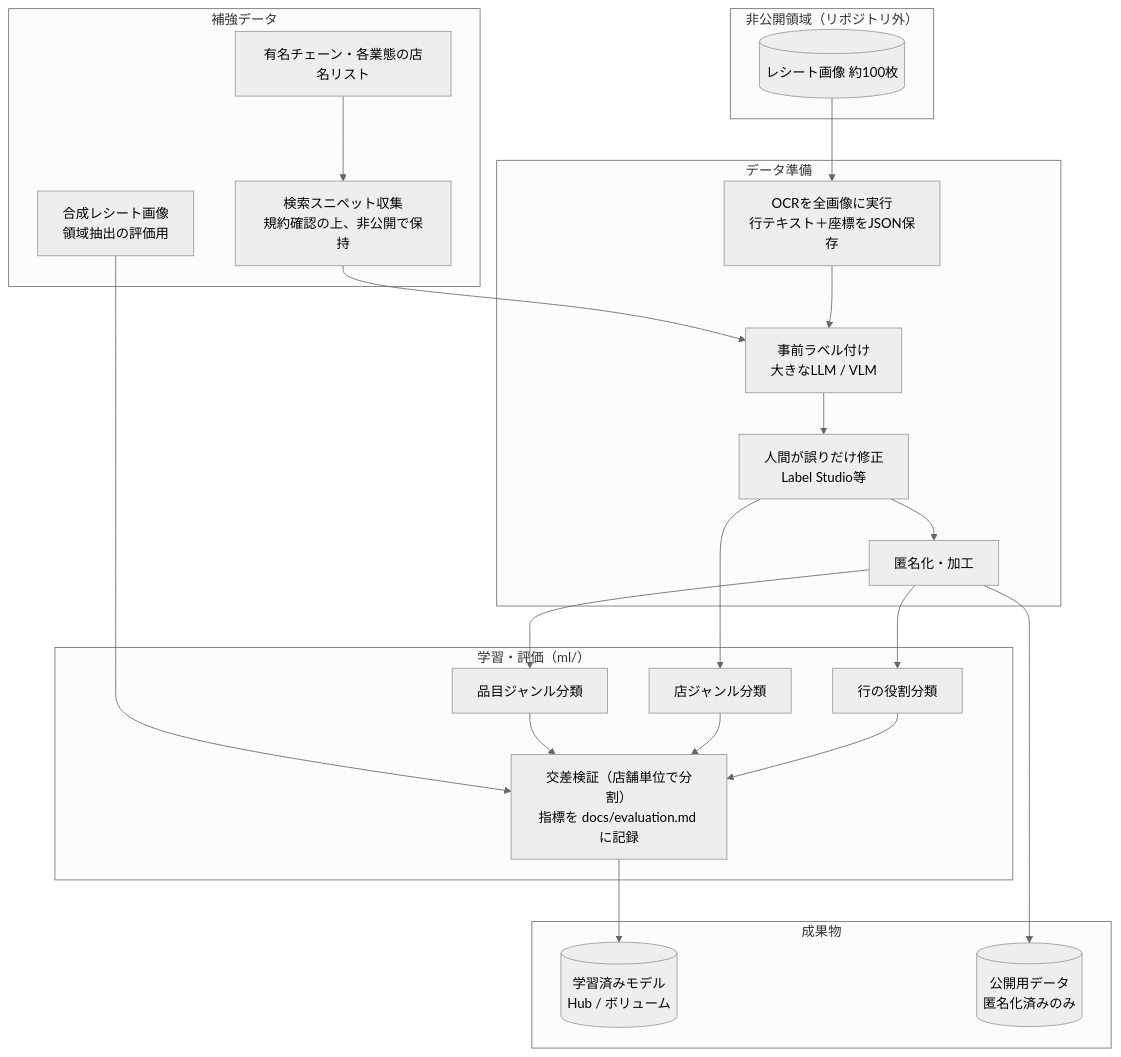
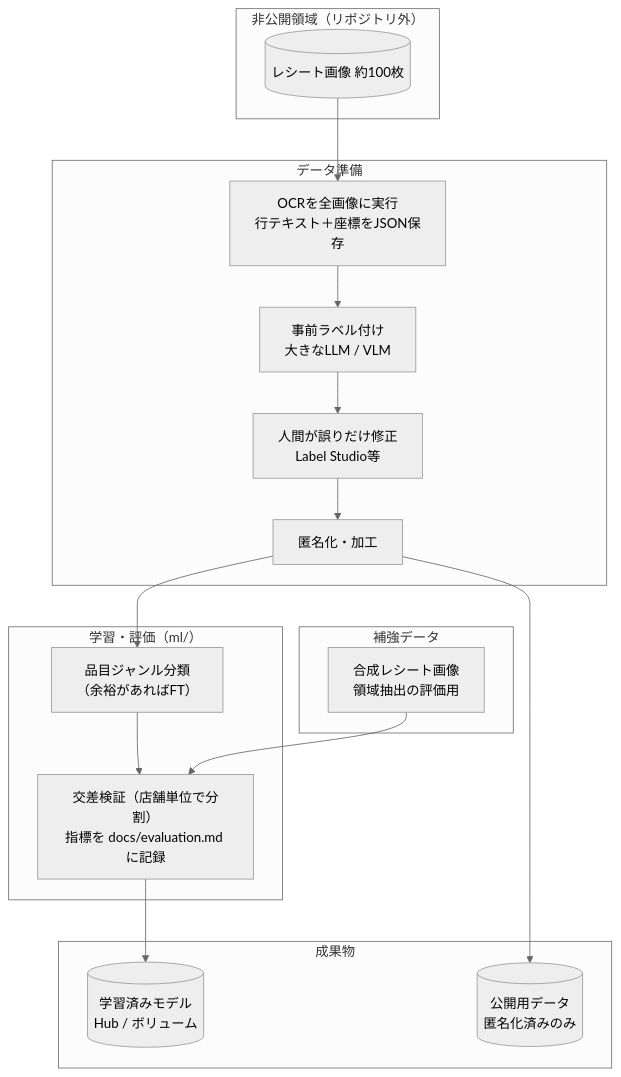
One commit to ndac-todoroki/receipt-tagger changed the fourth of 4 diagrams in docs/architecture.md. Above: the diagram before and after it, drawn with Mermaid (neutral theme). The commit also changed other lines of this file and 1 other file, not shown here.

First line of the commit message:
要件定義書と構成図に2026-10-23の方針決定を反映

````diff
--- a/docs/architecture.md
+++ b/docs/architecture.md
@@ -182,43 +149,34 @@
 ```mermaid
 flowchart TB
     subgraph Raw["非公開領域（リポジトリ外）"]
         IMG[("レシート画像 約100枚")]
     end
 
     subgraph Prep["データ準備"]
         OCRJ["OCRを全画像に実行<br/>行テキスト＋座標をJSON保存"]
         PRE["事前ラベル付け<br/>大きなLLM / VLM"]
         FIX["人間が誤りだけ修正<br/>Label Studio等"]
         ANON["匿名化・加工"]
     end
 
     subgraph Aux["補強データ"]
-        SHOP["有名チェーン・各業態の店名リスト"]
-        SNIP["検索スニペット収集<br/>規約確認の上、非公開で保持"]
         SYN["合成レシート画像<br/>領域抽出の評価用"]
     end
 
     subgraph Train["学習・評価（ml/）"]
-        T3["行の役割分類"]
-        T5["店ジャンル分類"]
-        T6["品目ジャンル分類"]
+        T6["品目ジャンル分類<br/>（余裕があればFT）"]
         EVAL["交差検証（店舗単位で分割）<br/>指標を docs/evaluation.md に記録"]
     end
 
     subgraph Out["成果物"]
         MODEL[("学習済みモデル<br/>Hub / ボリューム")]
         PUB[("公開用データ<br/>匿名化済みのみ")]
     end
 
     IMG --> OCRJ --> PRE --> FIX --> ANON
-    SHOP --> SNIP --> PRE
-    ANON --> T3
     ANON --> T6
-    FIX --> T5
-    T3 --> EVAL
-    T5 --> EVAL
     T6 --> EVAL
     SYN --> EVAL
     EVAL --> MODEL
     ANON --> PUB
 ```
````
